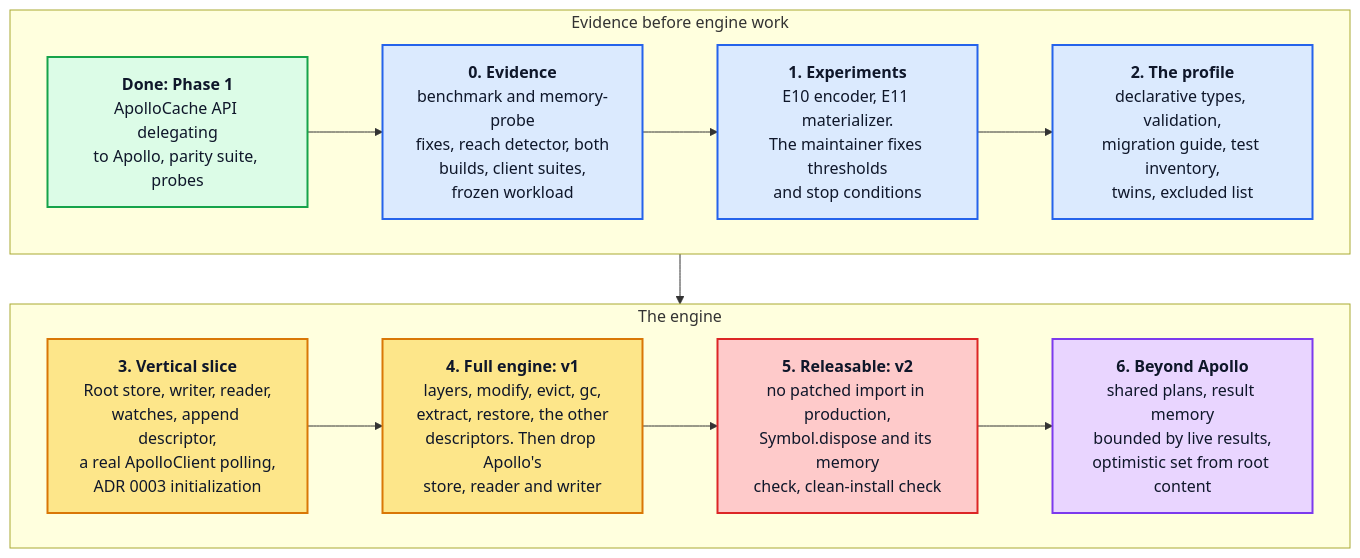
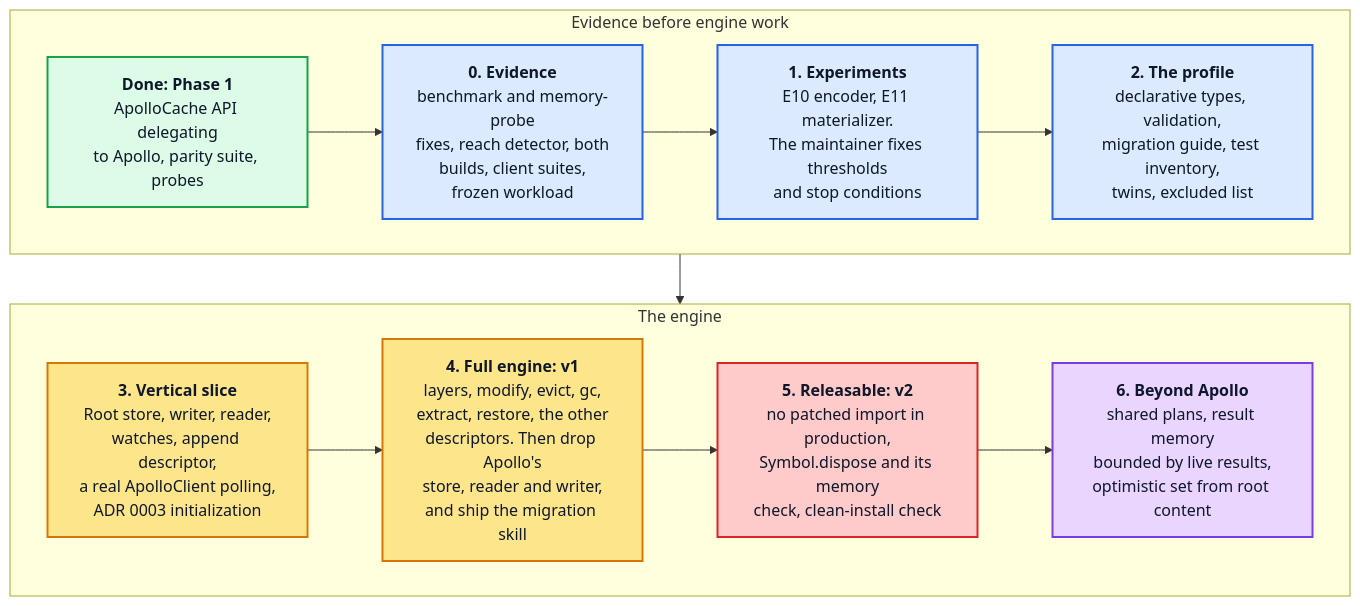
Before and after one commit to convict-git/fast-gql-cache-rs: the third of 3 diagrams in docs/rfc/0001-inmemorycachers-architecture/04-getting-there.md, drawn with Mermaid. The commit also changed other lines of this file and 7 other files, not shown here.

First line of the commit message:
docs: a migration skill after v1, and descriptor requests for what the catalogue lacks

````diff
--- a/docs/rfc/0001-inmemorycachers-architecture/04-getting-there.md
+++ b/docs/rfc/0001-inmemorycachers-architecture/04-getting-there.md
@@ -154,26 +156,26 @@
 ```mermaid
 flowchart TB
     subgraph evidence["Evidence before engine work"]
         direction LR
         P1["<b>Done: Phase 1</b><br/>ApolloCache API delegating<br/>to Apollo, parity suite, probes"]:::store
         S0["<b>0. Evidence</b><br/>benchmark and memory-probe<br/>fixes, reach detector, both<br/>builds, client suites,<br/>frozen workload"]:::api
         S1["<b>1. Experiments</b><br/>E10 encoder, E11 materializer.<br/>The maintainer fixes thresholds<br/>and stop conditions"]:::api
         S2["<b>2. The profile</b><br/>declarative types, validation,<br/>migration guide, test inventory,<br/>twins, excluded list"]:::api
         P1 --> S0 --> S1 --> S2
     end
     subgraph engine["The engine"]
         direction LR
         S3["<b>3. Vertical slice</b><br/>Root store, writer, reader,<br/>watches, append descriptor,<br/>a real ApolloClient polling,<br/>ADR 0003 initialization"]:::write
-        S4["<b>4. Full engine: v1</b><br/>layers, modify, evict, gc,<br/>extract, restore, the other<br/>descriptors. Then drop Apollo's<br/>store, reader and writer"]:::write
+        S4["<b>4. Full engine: v1</b><br/>layers, modify, evict, gc,<br/>extract, restore, the other<br/>descriptors. Then drop Apollo's<br/>store, reader and writer,<br/>and ship the migration skill"]:::write
         S5["<b>5. Releasable: v2</b><br/>no patched import in production,<br/>Symbol.dispose and its memory<br/>check, clean-install check"]:::dirty
         S6["<b>6. Beyond Apollo</b><br/>shared plans, result memory<br/>bounded by live results,<br/>optimistic set from root content"]:::memo
         S3 --> S4 --> S5 --> S6
     end
     evidence --> engine
 
     classDef api fill:#dbeafe,stroke:#2563eb,stroke-width:2px,color:#0f172a
     classDef write fill:#fde68a,stroke:#d97706,stroke-width:2px,color:#0f172a
     classDef store fill:#dcfce7,stroke:#16a34a,stroke-width:2px,color:#0f172a
     classDef memo fill:#e9d5ff,stroke:#7c3aed,stroke-width:2px,color:#0f172a
     classDef dirty fill:#fecaca,stroke:#dc2626,stroke-width:2px,color:#0f172a
 ```
````
